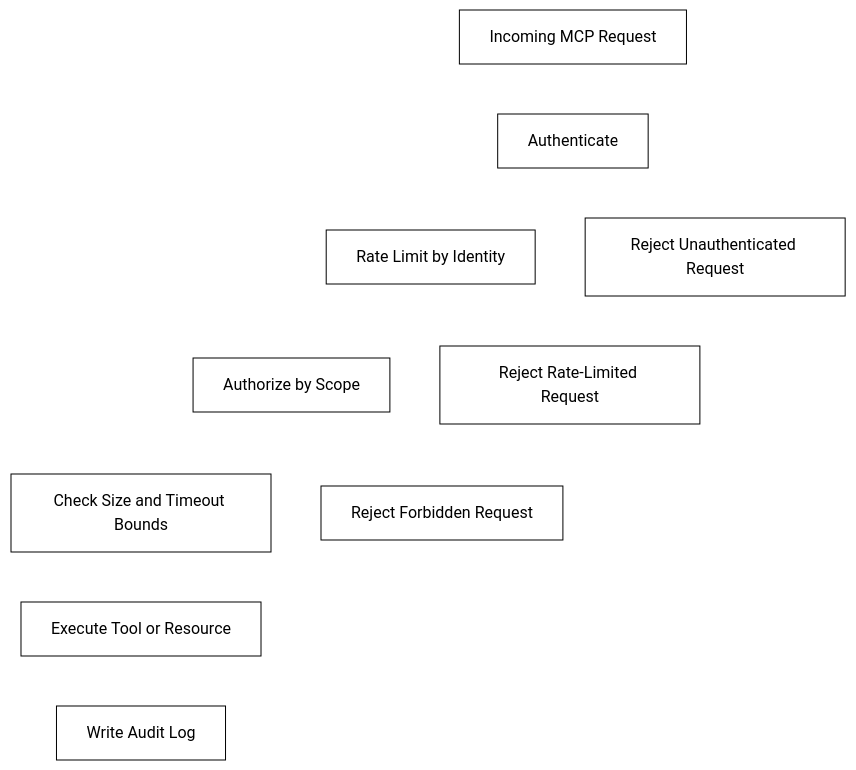
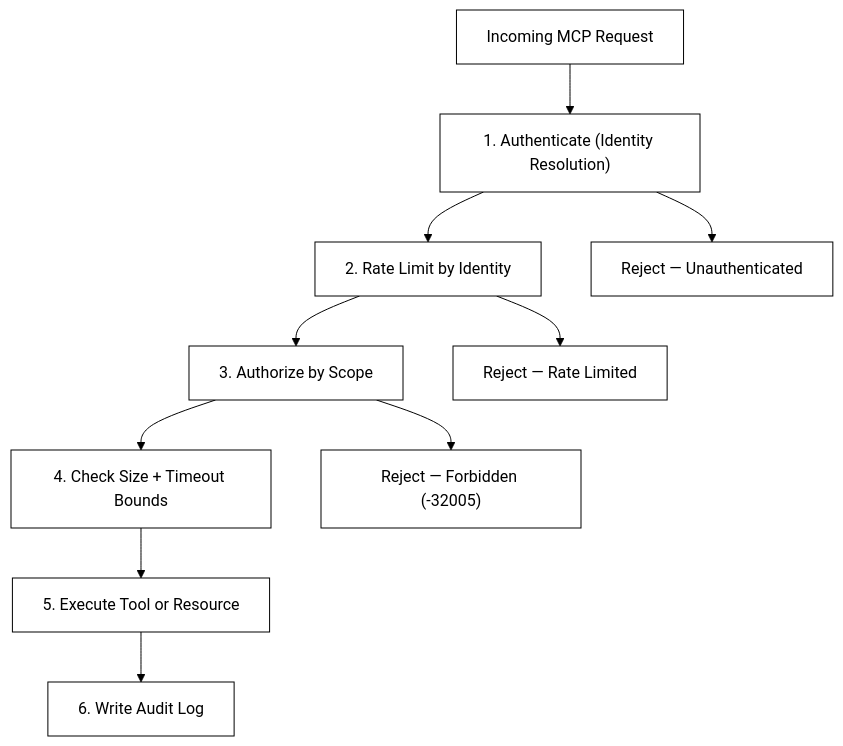
The first of 3 diagrams in 2-server/README.md (Shashankk1907/Learning-about-MCP), drawn with Mermaid before and after one commit. The commit also changed other lines of this file and 3 other files, not shown here.

````diff
--- a/2-server/README.md
+++ b/2-server/README.md
@@ -469,13 +176,13 @@
 ```mermaid
-%%{init: {"theme":"base","themeVariables":{"primaryColor":"#ffffff","primaryTextColor":"#000000","primaryBorderColor":"#000000","lineColor":"#ffffff","secondaryColor":"#ffffff","tertiaryColor":"#ffffff","background":"#ffffff"}}}%%
+%%{init: {"theme":"base","themeVariables":{"primaryColor":"#ffffff","primaryTextColor":"#000000","primaryBorderColor":"#000000","lineColor":"#000000","secondaryColor":"#ffffff","tertiaryColor":"#ffffff","background":"#ffffff"}}}%%
 flowchart TD
-    Req["Incoming MCP Request"] --> Auth["Authenticate"]
-    Auth --> Rate["Rate Limit by Identity"]
-    Rate --> Scope["Authorize by Scope"]
-    Scope --> Bounds["Check Size and Timeout Bounds"]
-    Bounds --> Exec["Execute Tool or Resource"]
-    Exec --> Audit["Write Audit Log"]
-    Scope --> Deny["Reject Forbidden Request"]
-    Rate --> Throttle["Reject Rate-Limited Request"]
-    Auth --> Reject["Reject Unauthenticated Request"]
+    Req["Incoming MCP Request"] --> Auth["1. Authenticate (Identity Resolution)"]
+    Auth --> Rate["2. Rate Limit by Identity"]
+    Rate --> Scope["3. Authorize by Scope"]
+    Scope --> Bounds["4. Check Size + Timeout Bounds"]
+    Bounds --> Exec["5. Execute Tool or Resource"]
+    Exec --> Audit["6. Write Audit Log"]
+    Scope --> Deny["Reject — Forbidden (-32005)"]
+    Rate --> Throttle["Reject — Rate Limited"]
+    Auth --> Reject["Reject — Unauthenticated"]
 ```
````
